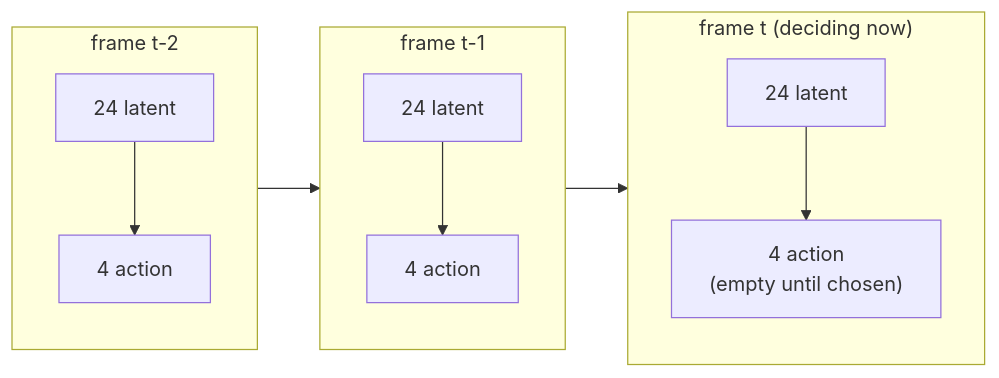
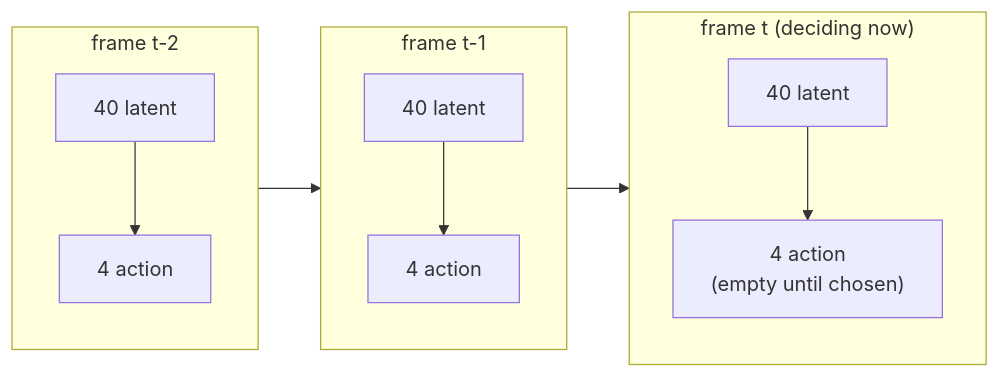
The third of 11 diagrams in docs/model.md (pts1667/zk-ArenaAI), drawn with Mermaid before and after one commit. The commit also changed other lines of this file and 47 other files, not shown here.

````diff
--- a/docs/model.md
+++ b/docs/model.md
@@ -108,13 +113,13 @@
 ```mermaid
 flowchart LR
     subgraph f1 ["frame t-2"]
-        L1["24 latent"] --> A1["4 action"]
+        L1["40 latent"] --> A1["4 action"]
     end
     subgraph f2 ["frame t-1"]
-        L2["24 latent"] --> A2["4 action"]
+        L2["40 latent"] --> A2["4 action"]
     end
     subgraph f3 ["frame t (deciding now)"]
-        L3["24 latent"] --> A3["4 action<br/>(empty until chosen)"]
+        L3["40 latent"] --> A3["4 action<br/>(empty until chosen)"]
     end
     f1 --> f2 --> f3
 ```
````
